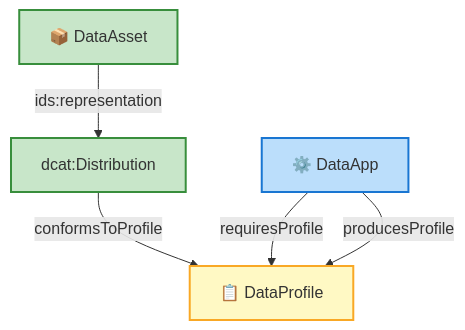
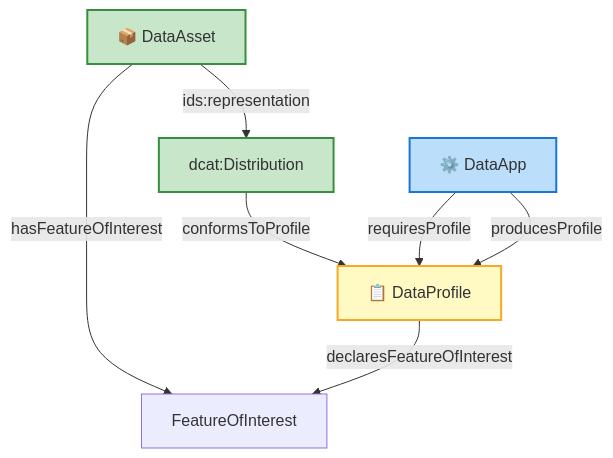
One commit to KhaosResearch/EDAAnOWL changed the third of 11 diagrams in docs/ONTOLOGY_OVERVIEW_DIAGRAM_ES.md. Above: the diagram before and after it, drawn with Mermaid. The commit also changed other lines of this file and 19 other files, not shown here.

First line of the commit message:
feat!: incorporate Feature of Interest (SOSA/SSN) and release v0.9.0

````diff
--- a/docs/ONTOLOGY_OVERVIEW_DIAGRAM_ES.md
+++ b/docs/ONTOLOGY_OVERVIEW_DIAGRAM_ES.md
@@ -77,21 +82,23 @@
 ```mermaid
 flowchart TD
     classDef data fill:#c8e6c9,stroke:#388e3c,stroke-width:2px
     classDef profile fill:#fff9c4,stroke:#f9a825,stroke-width:2px
     classDef app fill:#bbdefb,stroke:#1976d2,stroke-width:2px
 
     DA["📦 DataAsset"]
     DIST["dcat:Distribution"]
     DP["📋 DataProfile"]
     APP["⚙️ DataApp"]
 
     DA -- "ids:representation" --> DIST
+    DA -- "hasFeatureOfInterest" --> FOI["FeatureOfInterest"]
     DIST -- "conformsToProfile" --> DP
     APP -- "requiresProfile" --> DP
     APP -- "producesProfile" --> DP
+    DP -- "declaresFeatureOfInterest" --> FOI
 
     class DA data
     class DIST data
     class DP profile
     class APP app
 ```
````
